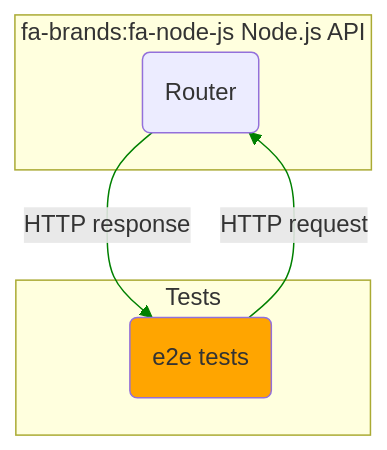
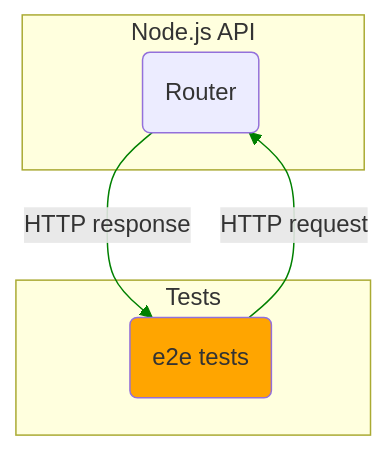
One commit to aleksandr-kiliushin/learning changed the second of 2 diagrams in summaries/testing-javascript-applications.md. Above: the diagram before and after it, drawn with Mermaid. The commit also changed other lines of this file, not shown here.

````diff
--- a/summaries/testing-javascript-applications.md
+++ b/summaries/testing-javascript-applications.md
@@ -64,19 +64,19 @@
 ```mermaid
   flowchart TB
     router(Router)
     e2e-tests(e2e tests):::orange
 
-    subgraph fa-brands:fa-node-js Node.js API
+    subgraph Node.js API
       router
     end
 
     subgraph Tests
       e2e-tests
     end
 
     e2e-tests--HTTP request-->router
     router--HTTP response-->e2e-tests
 
     classDef orange fill:orange;
     linkStyle 0,1 stroke:green;
 ```
````
